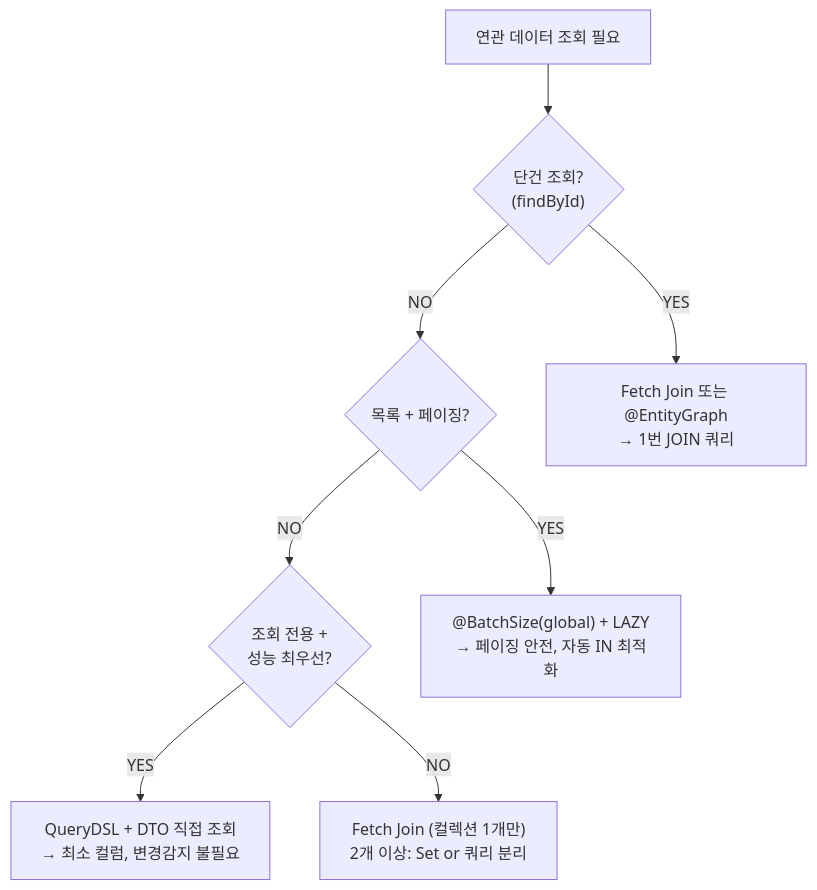
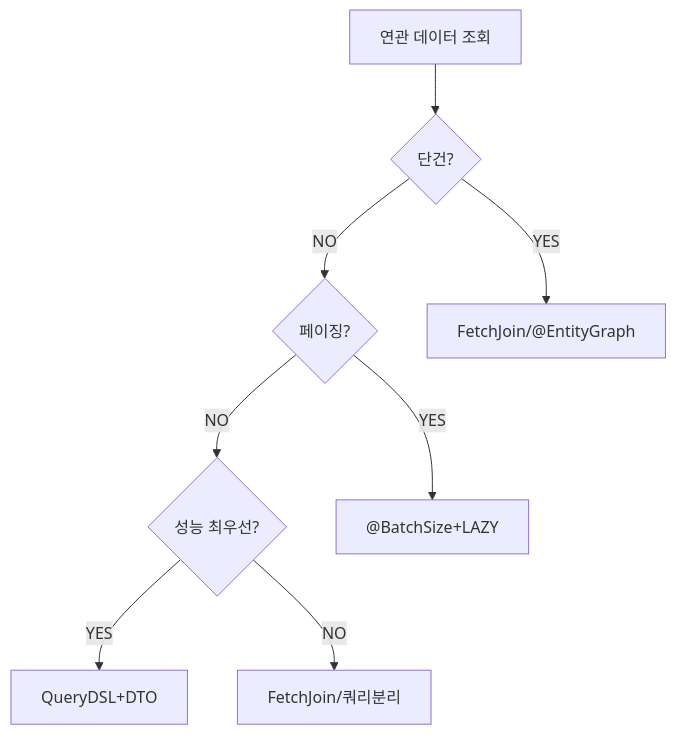
The sixth of 6 diagrams in _posts/jpa/2026-05-01-jpa-n-plus-1.md (yjkim2015/yjkim2015.github.io), drawn with Mermaid before and after one commit. The commit also changed other lines of this file and 215 other files, not shown here.

First line of the commit message:
신규 포스트 10개 추가 + Mermaid 전면 축소 + SystemDesign 시리즈 보강

````diff
--- a/_posts/jpa/2026-05-01-jpa-n-plus-1.md
+++ b/_posts/jpa/2026-05-01-jpa-n-plus-1.md
@@ -657,19 +640,14 @@
 ```mermaid
 graph TD
-    START["연관 데이터 조회 필요"]
-    Q1{"단건 조회?\n(findById)"}
-    Q2{"목록 + 페이징?"}
-    Q3{"조회 전용 +\n성능 최우선?"}
-    A1["Fetch Join 또는 @EntityGraph\n→ 1번 JOIN 쿼리"]
-    A2["@BatchSize(global) + LAZY\n→ 페이징 안전, 자동 IN 최적화"]
-    A3["QueryDSL + DTO 직접 조회\n→ 최소 컬럼, 변경감지 불필요"]
-    A4["Fetch Join (컬렉션 1개만)\n2개 이상: Set or 쿼리 분리"]
-
-    START --> Q1
-    Q1 -->|"YES"| A1
-    Q1 -->|"NO"| Q2
-    Q2 -->|"YES"| A2
-    Q2 -->|"NO"| Q3
-    Q3 -->|"YES"| A3
-    Q3 -->|"NO"| A4
+    S["연관 데이터 조회"]
+    Q1{"단건?"}
+    Q2{"페이징?"}
+    Q3{"성능 최우선?"}
+    S --> Q1
+    Q1 -->|YES| A1["FetchJoin/@EntityGraph"]
+    Q1 -->|NO| Q2
+    Q2 -->|YES| A2["@BatchSize+LAZY"]
+    Q2 -->|NO| Q3
+    Q3 -->|YES| A3["QueryDSL+DTO"]
+    Q3 -->|NO| A4["FetchJoin/쿼리분리"]
 ```
````
